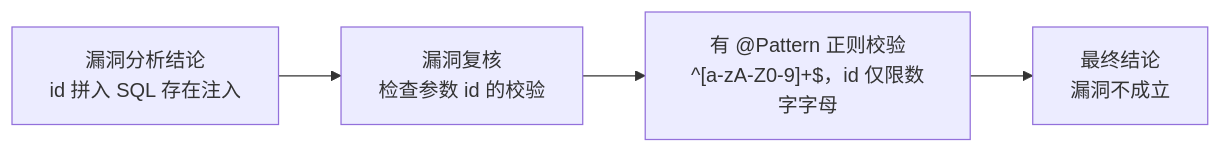
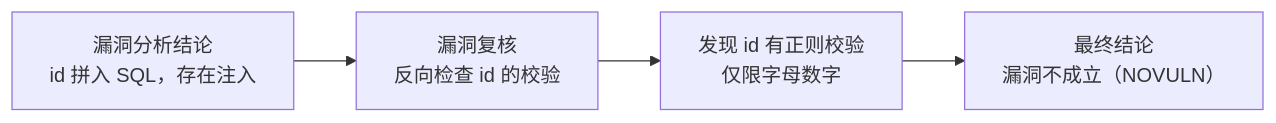
Before and after one commit to gcf0082/vuln_agent: the sixth of 7 diagrams in vuln-agent-intro.md, drawn with Mermaid. The commit also changed other lines of this file and 3 other files, not shown here.

````diff
--- a/vuln-agent-intro.md
+++ b/vuln-agent-intro.md
@@ -137,6 +220,6 @@
 ```mermaid
 flowchart LR
-    A["漏洞分析结论<br/>id 拼入 SQL 存在注入"] --> B["漏洞复核<br/>检查参数 id 的校验"]
-    B --> C["有 @Pattern 正则校验<br/>^[a-zA-Z0-9]+$，id 仅限数字字母"]
-    C --> D["最终结论<br/>漏洞不成立"]
+    A["漏洞分析结论<br/>id 拼入 SQL，存在注入"] --> B["漏洞复核<br/>反向检查 id 的校验"]
+    B --> C["发现 id 有正则校验<br/>仅限字母数字"]
+    C --> D["最终结论<br/>漏洞不成立（NOVULN）"]
 ```
````
